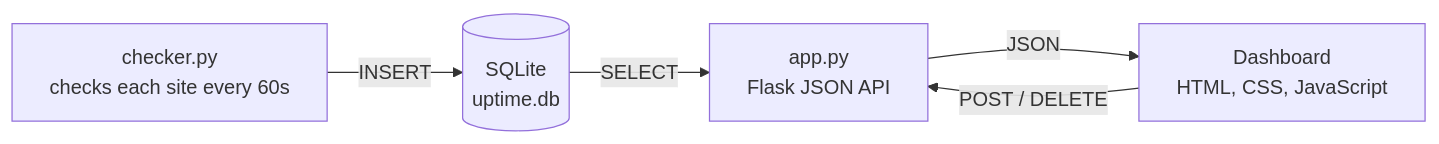
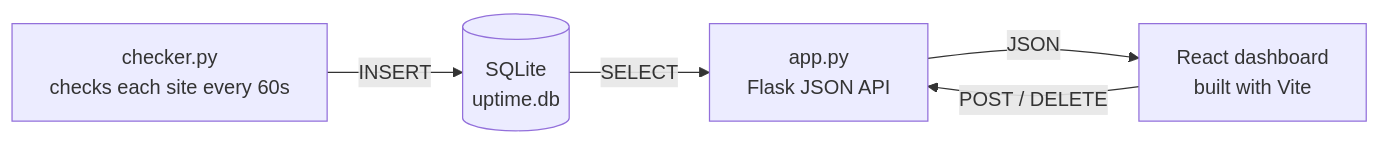
One commit to KeeLouise/uptime-monitor changed the diagram in README.md. Above: the diagram before and after it, drawn with Mermaid. The commit also changed other lines of this file and 1 other file, not shown here.

Commit message:
Update README for the React app

````diff
--- a/README.md
+++ b/README.md
@@ -23,7 +32,7 @@
 ```mermaid
 flowchart LR
     C["checker.py<br/>checks each site every 60s"] -->|INSERT| DB[("SQLite<br/>uptime.db")]
     DB -->|SELECT| API["app.py<br/>Flask JSON API"]
-    API -->|JSON| UI["Dashboard<br/>HTML, CSS, JavaScript"]
+    API -->|JSON| UI["React dashboard<br/>built with Vite"]
     UI -->|POST / DELETE| API
 ```
````
